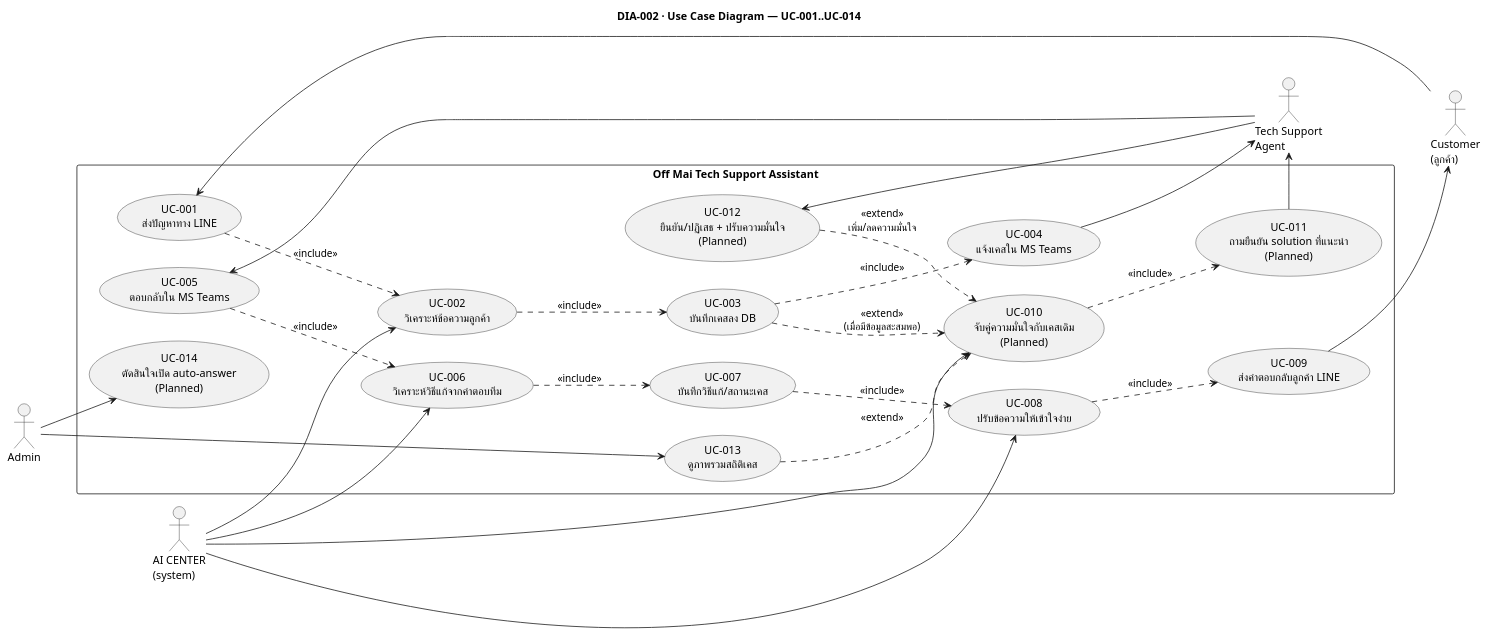
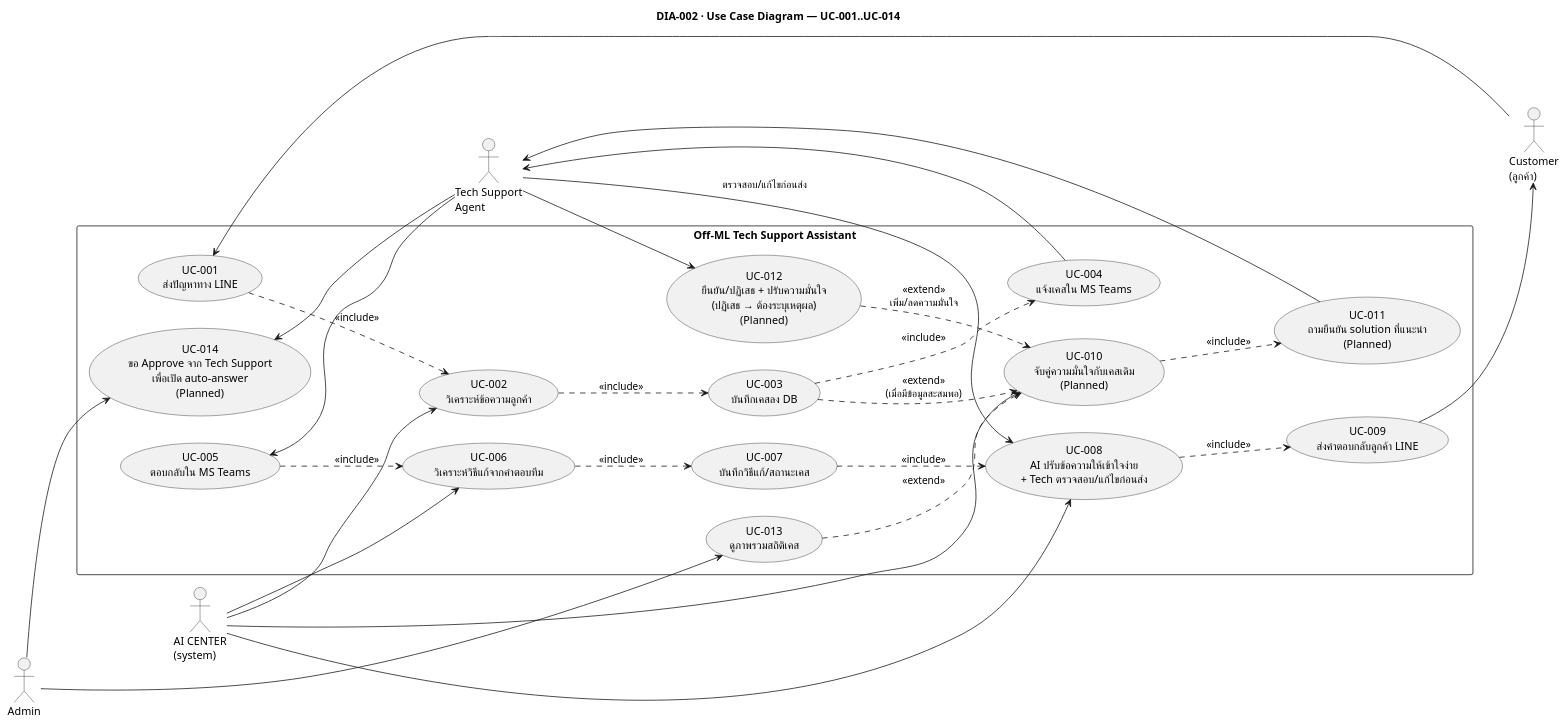
The diagram in diagrams/02-usecases.puml (develyst1/the-off-ml-project-requirement), drawn with PlantUML before and after one commit. The commit also changed 11 other files, not shown here.

```diff
--- a/diagrams/02-usecases.puml
+++ b/diagrams/02-usecases.puml
@@ -1,55 +1,57 @@
 @startuml 02-usecases
 title DIA-002 · Use Case Diagram — UC-001..UC-014
 skinparam shadowing false
 left to right direction
 
 actor "Customer\n(ลูกค้า)" as Customer
 actor "Tech Support\nAgent" as Tech
 actor "Admin" as Admin
 actor "AI CENTER\n(system)" as AI
 
-rectangle "Off Mai Tech Support Assistant" {
+rectangle "Off-ML Tech Support Assistant" {
   usecase "UC-001\nส่งปัญหาทาง LINE" as UC1
   usecase "UC-002\nวิเคราะห์ข้อความลูกค้า" as UC2
   usecase "UC-003\nบันทึกเคสลง DB" as UC3
   usecase "UC-004\nแจ้งเคสใน MS Teams" as UC4
   usecase "UC-005\nตอบกลับใน MS Teams" as UC5
   usecase "UC-006\nวิเคราะห์วิธีแก้จากคำตอบทีม" as UC6
   usecase "UC-007\nบันทึกวิธีแก้/สถานะเคส" as UC7
-  usecase "UC-008\nปรับข้อความให้เข้าใจง่าย" as UC8
+  usecase "UC-008\nAI ปรับข้อความให้เข้าใจง่าย\n+ Tech ตรวจสอบ/แก้ไขก่อนส่ง" as UC8
   usecase "UC-009\nส่งคำตอบกลับลูกค้า LINE" as UC9
   usecase "UC-010\nจับคู่ความมั่นใจกับเคสเดิม\n(Planned)" as UC10
   usecase "UC-011\nถามยืนยัน solution ที่แนะนำ\n(Planned)" as UC11
-  usecase "UC-012\nยืนยัน/ปฏิเสธ + ปรับความมั่นใจ\n(Planned)" as UC12
+  usecase "UC-012\nยืนยัน/ปฏิเสธ + ปรับความมั่นใจ\n(ปฏิเสธ → ต้องระบุเหตุผล)\n(Planned)" as UC12
   usecase "UC-013\nดูภาพรวมสถิติเคส" as UC13
-  usecase "UC-014\nตัดสินใจเปิด auto-answer\n(Planned)" as UC14
+  usecase "UC-014\nขอ Approve จาก Tech Support\nเพื่อเปิด auto-answer\n(Planned)" as UC14
 }
 
 Customer --> UC1
 UC1 ..> UC2 : <<include>>
 UC2 ..> UC3 : <<include>>
 UC3 ..> UC4 : <<include>>
 Tech --> UC5
 UC4 --> Tech
 UC5 ..> UC6 : <<include>>
 UC6 ..> UC7 : <<include>>
 UC7 ..> UC8 : <<include>>
 UC8 ..> UC9 : <<include>>
 UC9 --> Customer
+Tech --> UC8 : ตรวจสอบ/แก้ไขก่อนส่ง
 
 AI --> UC2
 AI --> UC6
 AI --> UC8
 AI --> UC10
 
 UC3 ..> UC10 : <<extend>>\n(เมื่อมีข้อมูลสะสมพอ)
 UC10 ..> UC11 : <<include>>
 Tech --> UC12
 UC11 --> Tech
 UC12 ..> UC10 : <<extend>>\nเพิ่ม/ลดความมั่นใจ
 
 Admin --> UC13
 Admin --> UC14
+Tech --> UC14
 UC13 ..> UC10 : <<extend>>
 
 @enduml
```
